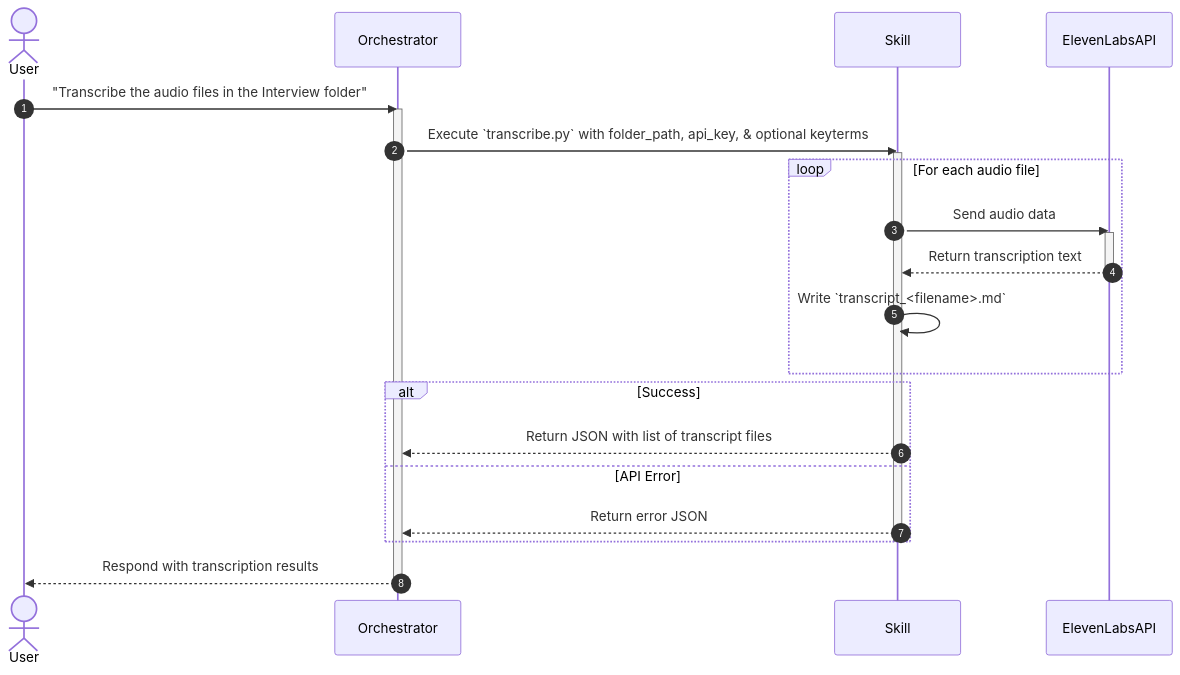
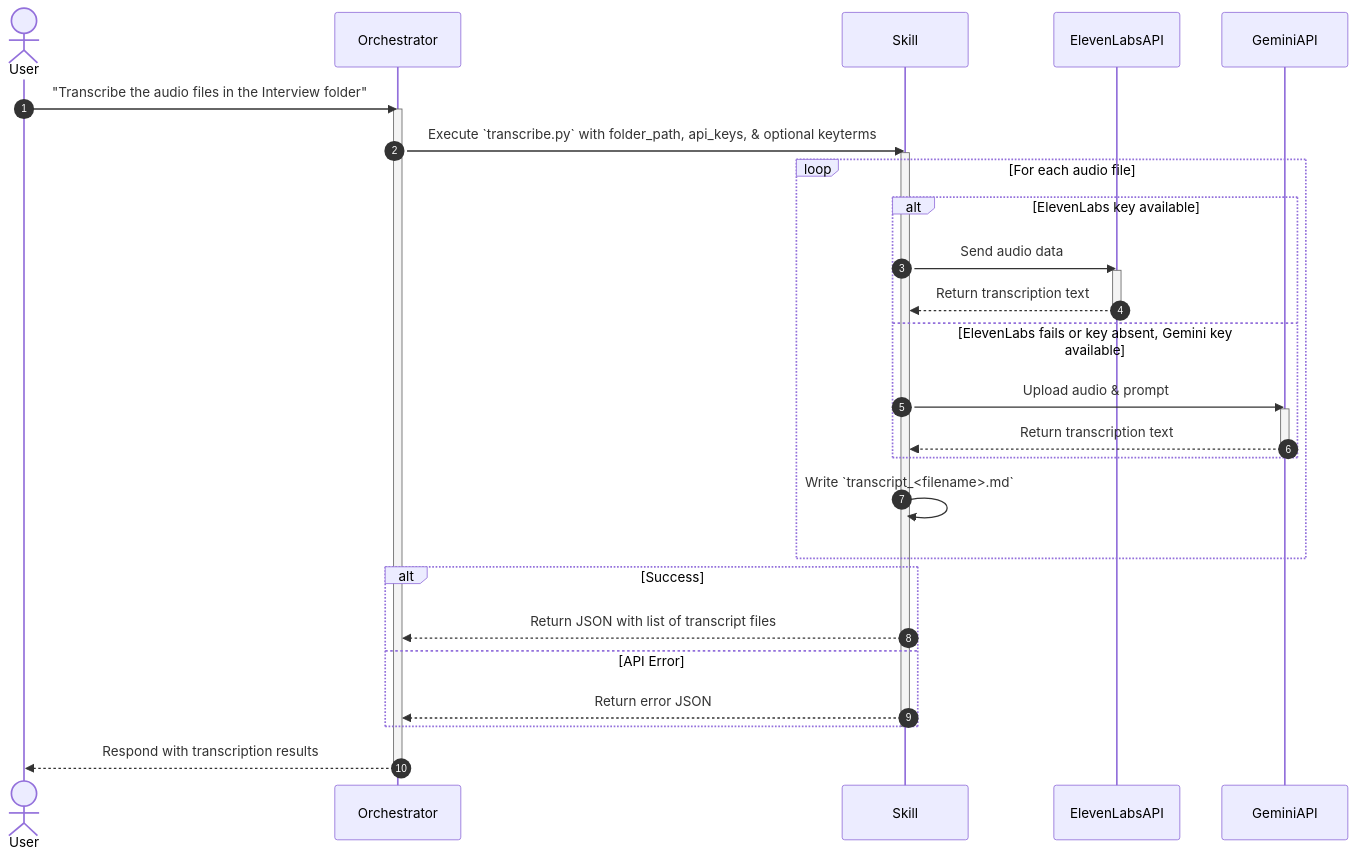
One commit to nguyenlamhai89/UX-Agent changed the diagram in .agents/workflows/ux-interview/skills/transcribe-audios/SKILL.md. Above: the diagram before and after it, drawn with Mermaid. The commit also changed other lines of this file and 4 other files, not shown here.

First line of the commit message:
feat: add Gemini API fallback for transcribe-audios skill

````diff
--- a/.agents/workflows/ux-interview/skills/transcribe-audios/SKILL.md
+++ b/.agents/workflows/ux-interview/skills/transcribe-audios/SKILL.md
@@ -95,32 +98,40 @@
 ```mermaid
 sequenceDiagram
     autonumber
     actor User
     participant Orchestrator
     participant Skill
     participant ElevenLabsAPI
+    participant GeminiAPI
 
     User->>Orchestrator: "Transcribe the audio files in the Interview folder"
     activate Orchestrator
     
-    Orchestrator->>Skill: Execute `transcribe.py` with folder_path, api_key, & optional keyterms
+    Orchestrator->>Skill: Execute `transcribe.py` with folder_path, api_keys, & optional keyterms
     activate Skill
     
     loop For each audio file
-        Skill->>ElevenLabsAPI: Send audio data
-        activate ElevenLabsAPI
-        ElevenLabsAPI-->>Skill: Return transcription text
-        deactivate ElevenLabsAPI
+        alt ElevenLabs key available
+            Skill->>ElevenLabsAPI: Send audio data
+            activate ElevenLabsAPI
+            ElevenLabsAPI-->>Skill: Return transcription text
+            deactivate ElevenLabsAPI
+        else ElevenLabs fails or key absent, Gemini key available
+            Skill->>GeminiAPI: Upload audio & prompt
+            activate GeminiAPI
+            GeminiAPI-->>Skill: Return transcription text
+            deactivate GeminiAPI
+        end
         Skill->>Skill: Write `transcript_<filename>.md`
     end
     
     alt Success
         Skill-->>Orchestrator: Return JSON with list of transcript files
     else API Error
         Skill-->>Orchestrator: Return error JSON
     end
     deactivate Skill
     
     Orchestrator-->>User: Respond with transcription results
     deactivate Orchestrator
 ```
````
